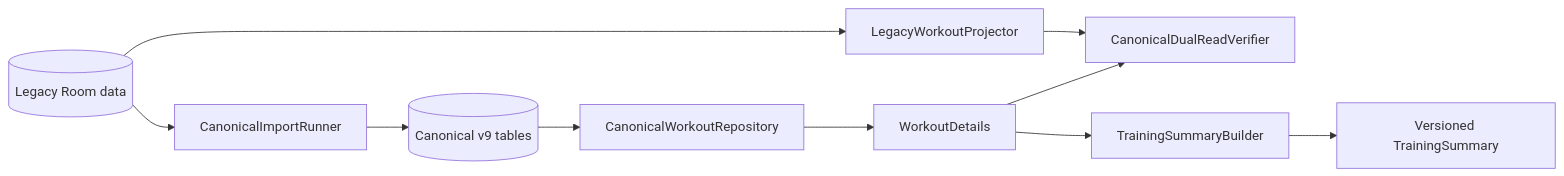
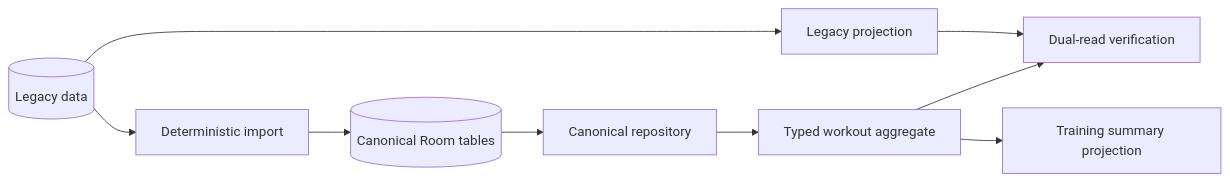
One commit to Znypr/GymTrack changed the second of 4 diagrams in docs/ARCHITECTURE.md. Above: the diagram before and after it, drawn with Mermaid. The commit also changed other lines of this file, not shown here.

Commit message:
docs: remove active ticket tracking from architecture

````diff
--- a/docs/ARCHITECTURE.md
+++ b/docs/ARCHITECTURE.md
@@ -93,12 +78,11 @@
 ```mermaid
 flowchart LR
-    A[(Legacy Room data)] --> B[CanonicalImportRunner]
-    B --> C[(Canonical v9 tables)]
-    C --> D[CanonicalWorkoutRepository]
-    D --> E[WorkoutDetails]
-    A --> F[LegacyWorkoutProjector]
-    E --> G[CanonicalDualReadVerifier]
+    A[(Legacy data)] --> B[Deterministic import]
+    B --> C[(Canonical Room tables)]
+    C --> D[Canonical repository]
+    D --> E[Typed workout aggregate]
+    A --> F[Legacy projection]
+    E --> G[Dual-read verification]
     F --> G
-    E --> H[TrainingSummaryBuilder]
-    H --> I[Versioned TrainingSummary]
+    E --> H[Training summary projection]
 ```
````
